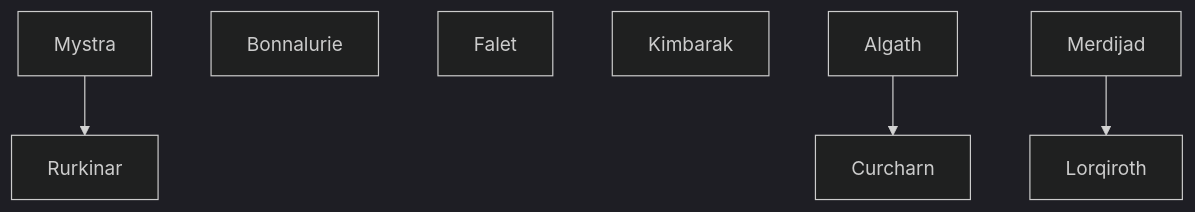
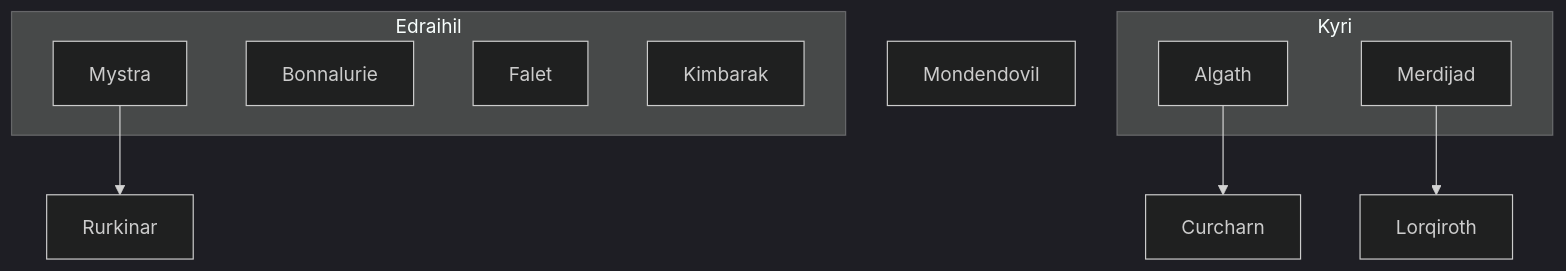
One commit to terra-campaigns/arrival changed the diagram in campaign/religions.md. Above: the diagram before and after it, drawn with Mermaid. The commit also changed other lines of this file and 16 other files, not shown here.

````diff
--- a/campaign/religions.md
+++ b/campaign/religions.md
@@ -3,17 +3,18 @@
 ```mermaid
 %%{init: {'theme':'dark'}}%%
 flowchart TD
-    Mystra
-    Bonnalurie
-    Falet
-    Kimbarak
-    
-    Mystra --> Rurkinar
-    
-    Algath
-    Merdijad
-	
+subgraph Edraihil
+	Mystra
+	Bonnalurie
+	Falet
+	Kimbarak
+end
+subgraph Kyri
+	Algath
+	Merdijad
+end
+	Mystra --> Rurkinar
 	Algath --> Curcharn
-	
 	Merdijad --> Lorqiroth
+	Mondendovil
 ```
````
